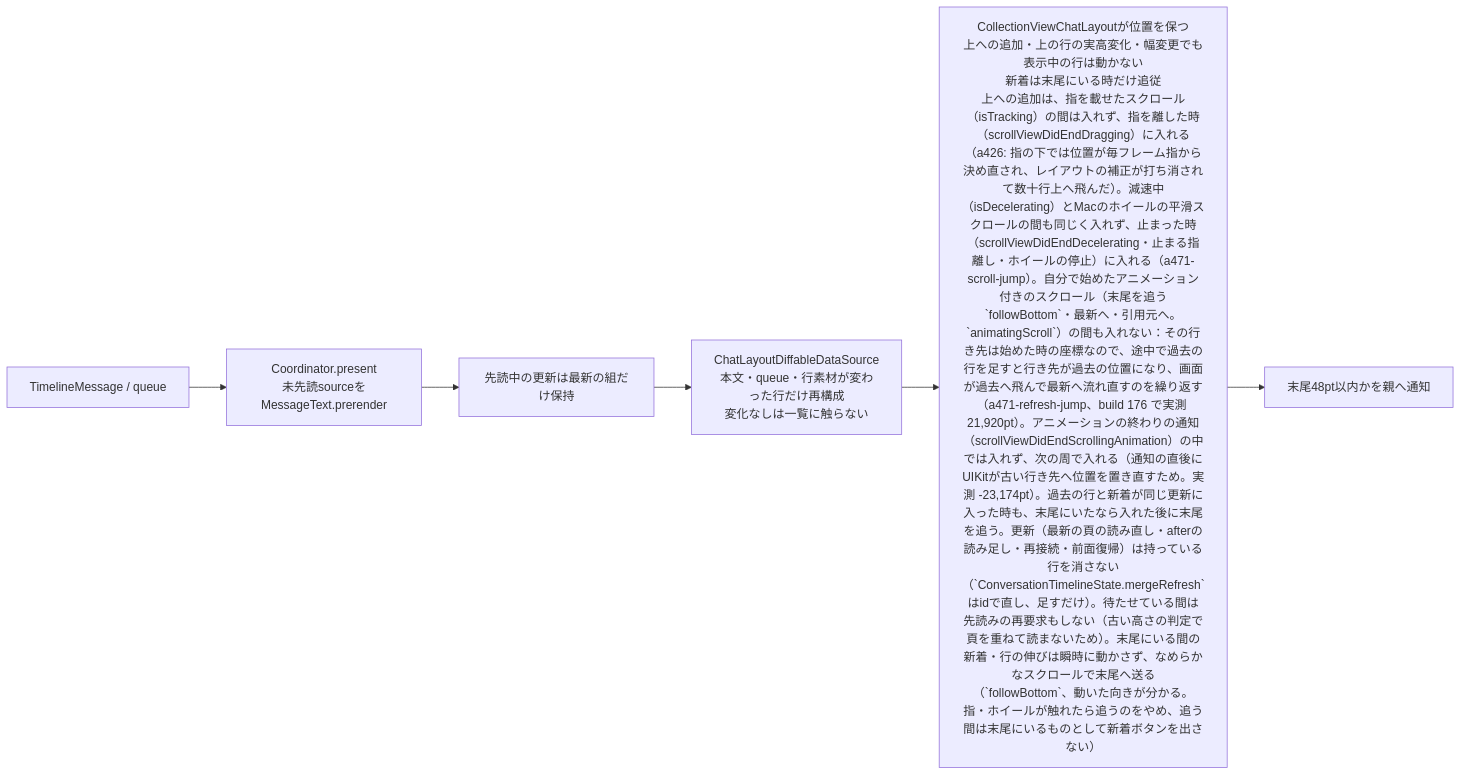
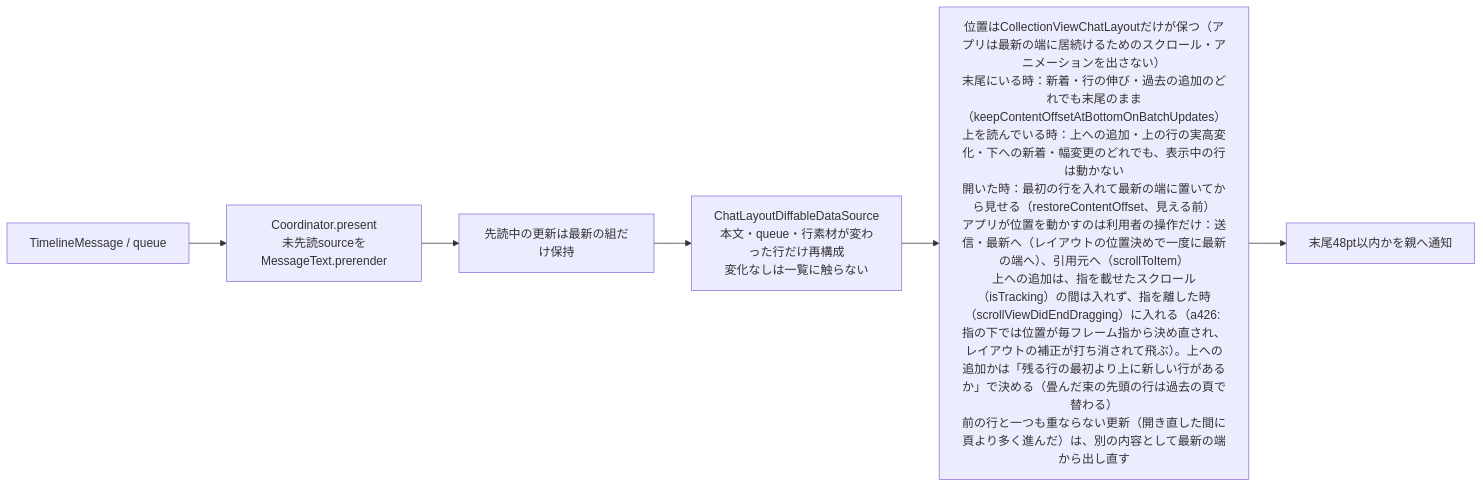
Before and after one commit to kitepon/BellTeam: the second of 9 diagrams in docs/architecture/modules/apple/conversation.md, drawn with Mermaid. The commit also changed other lines of this file and 12 other files, not shown here.

Commit message:
Apple build 178: the layout keeps the chat position again; the reopen page is never stale; paging per #2165

````diff
--- a/docs/architecture/modules/apple/conversation.md
+++ b/docs/architecture/modules/apple/conversation.md
@@ -54,8 +56,8 @@
 ```mermaid
 flowchart LR
   Model["TimelineMessage / queue"] --> Prepare["Coordinator.present<br/>未先読sourceをMessageText.prerender"]
   Prepare --> Latest["先読中の更新は最新の組だけ保持"]
   Latest --> Apply["ChatLayoutDiffableDataSource<br/>本文・queue・行素材が変わった行だけ再構成<br/>変化なしは一覧に触らない"]
-  Apply --> Position["CollectionViewChatLayoutが位置を保つ<br/>上への追加・上の行の実高変化・幅変更でも表示中の行は動かない<br/>新着は末尾にいる時だけ追従<br/>上への追加は、指を載せたスクロール（isTracking）の間は入れず、指を離した時（scrollViewDidEndDragging）に入れる（a426: 指の下では位置が毎フレーム指から決め直され、レイアウトの補正が打ち消されて数十行上へ飛んだ）。減速中（isDecelerating）とMacのホイールの平滑スクロールの間も同じく入れず、止まった時（scrollViewDidEndDecelerating・止まる指離し・ホイールの停止）に入れる（a471-scroll-jump）。自分で始めたアニメーション付きのスクロール（末尾を追う`followBottom`・最新へ・引用元へ。`animatingScroll`）の間も入れない：その行き先は始めた時の座標なので、途中で過去の行を足すと行き先が過去の位置になり、画面が過去へ飛んで最新へ流れ直すのを繰り返す（a471-refresh-jump、build 176 で実測 21,920pt）。アニメーションの終わりの通知（scrollViewDidEndScrollingAnimation）の中では入れず、次の周で入れる（通知の直後にUIKitが古い行き先へ位置を置き直すため。実測 -23,174pt）。過去の行と新着が同じ更新に入った時も、末尾にいたなら入れた後に末尾を追う。更新（最新の頁の読み直し・afterの読み足し・再接続・前面復帰）は持っている行を消さない（`ConversationTimelineState.mergeRefresh`はidで直し、足すだけ）。待たせている間は先読みの再要求もしない（古い高さの判定で頁を重ねて読まないため）。末尾にいる間の新着・行の伸びは瞬時に動かさず、なめらかなスクロールで末尾へ送る（`followBottom`、動いた向きが分かる。指・ホイールが触れたら追うのをやめ、追う間は末尾にいるものとして新着ボタンを出さない）"]
+  Apply --> Position["位置はCollectionViewChatLayoutだけが保つ（アプリは最新の端に居続けるためのスクロール・アニメーションを出さない）<br/>末尾にいる時：新着・行の伸び・過去の追加のどれでも末尾のまま（keepContentOffsetAtBottomOnBatchUpdates）<br/>上を読んでいる時：上への追加・上の行の実高変化・下への新着・幅変更のどれでも、表示中の行は動かない<br/>開いた時：最初の行を入れて最新の端に置いてから見せる（restoreContentOffset、見える前）<br/>アプリが位置を動かすのは利用者の操作だけ：送信・最新へ（レイアウトの位置決めで一度に最新の端へ）、引用元へ（scrollToItem）<br/>上への追加は、指を載せたスクロール（isTracking）の間は入れず、指を離した時（scrollViewDidEndDragging）に入れる（a426: 指の下では位置が毎フレーム指から決め直され、レイアウトの補正が打ち消されて飛ぶ）。上への追加かは「残る行の最初より上に新しい行があるか」で決める（畳んだ束の先頭の行は過去の頁で替わる）<br/>前の行と一つも重ならない更新（開き直した間に頁より多く進んだ）は、別の内容として最新の端から出し直す"]
   Position --> Callback["末尾48pt以内かを親へ通知"]
 ```
````
